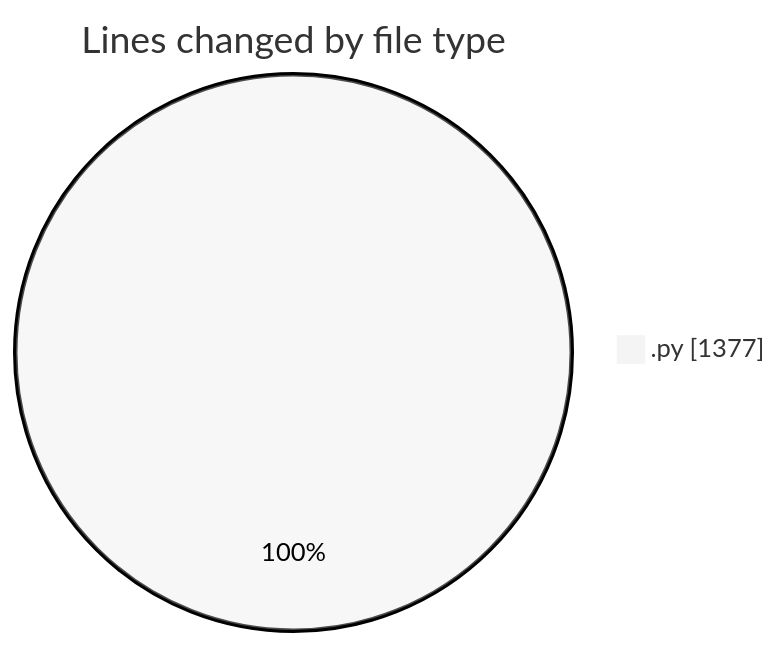
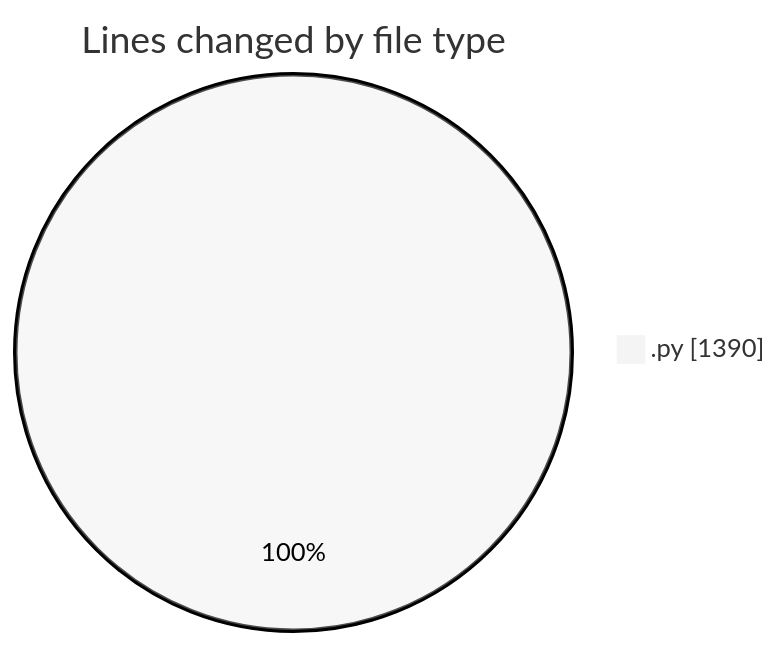
Before and after one commit to julien-gomy/code-tracking: the first of 2 diagrams in 2025-10-08/eventscop-api-guide__workspace_/README.md, drawn with Mermaid (neutral theme). The commit also changed other lines of this file and 1 other file, not shown here.

````diff
--- a/2025-10-08/eventscop-api-guide__workspace_/README.md
+++ b/2025-10-08/eventscop-api-guide__workspace_/README.md
@@ -21,5 +21,5 @@
 ```mermaid
 pie showData
 title Lines changed by file type
-".py" : 1377
+".py" : 1390
 ```
````
